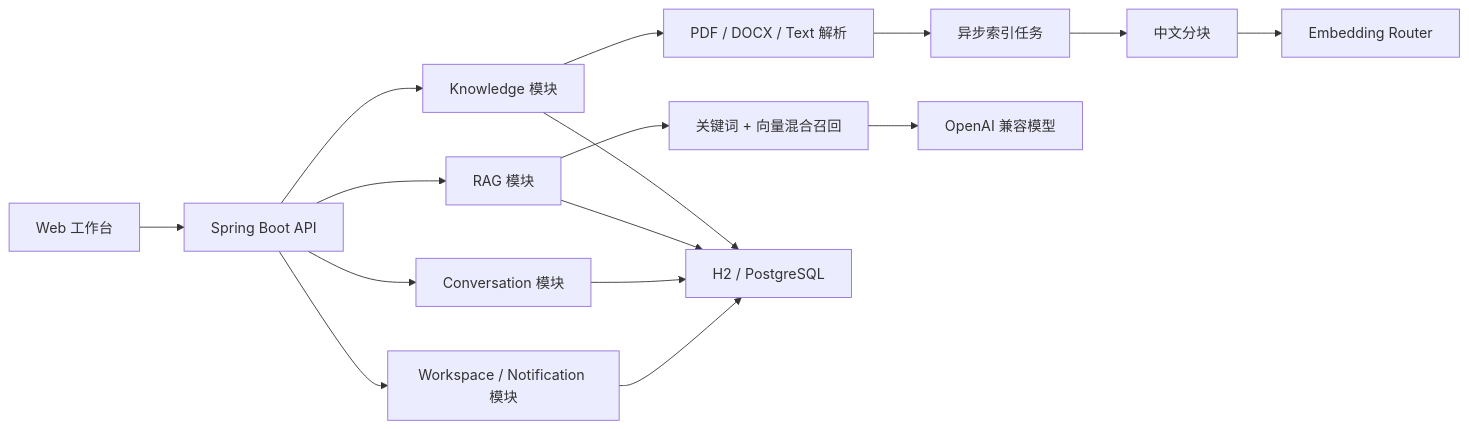
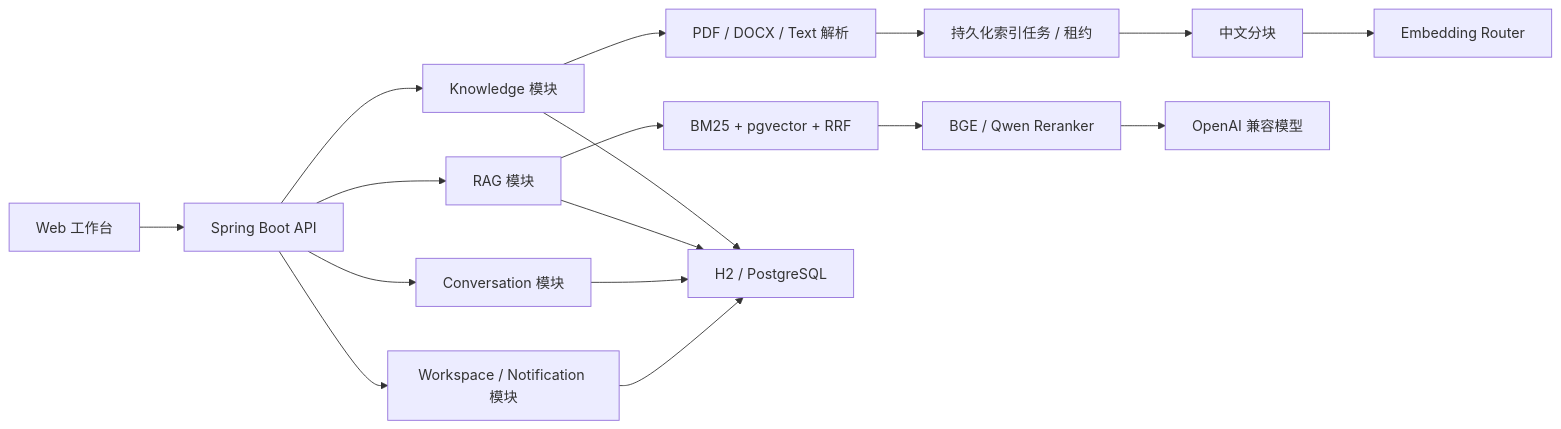
Before and after one commit to wang-zhengxin/JadeBase: the diagram in docs/architecture.md, drawn with Mermaid. The commit also changed other lines of this file and 59 other files, not shown here.

````diff
--- a/docs/architecture.md
+++ b/docs/architecture.md
@@ -5,18 +5,19 @@
 ```mermaid
 flowchart LR
     UI["Web 工作台"] --> API["Spring Boot API"]
     API --> KB["Knowledge 模块"]
     API --> RAG["RAG 模块"]
     API --> Conversation["Conversation 模块"]
     API --> Workspace["Workspace / Notification 模块"]
     KB --> Parser["PDF / DOCX / Text 解析"]
-    Parser --> Queue["异步索引任务"]
+    Parser --> Queue["持久化索引任务 / 租约"]
     Queue --> Chunker["中文分块"]
     Chunker --> Embed["Embedding Router"]
-    RAG --> Retrieve["关键词 + 向量混合召回"]
-    Retrieve --> Model["OpenAI 兼容模型"]
+    RAG --> Retrieve["BM25 + pgvector + RRF"]
+    Retrieve --> Rerank["BGE / Qwen Reranker"]
+    Rerank --> Model["OpenAI 兼容模型"]
     KB --> DB["H2 / PostgreSQL"]
     RAG --> DB
     Conversation --> DB
     Workspace --> DB
 ```
````
